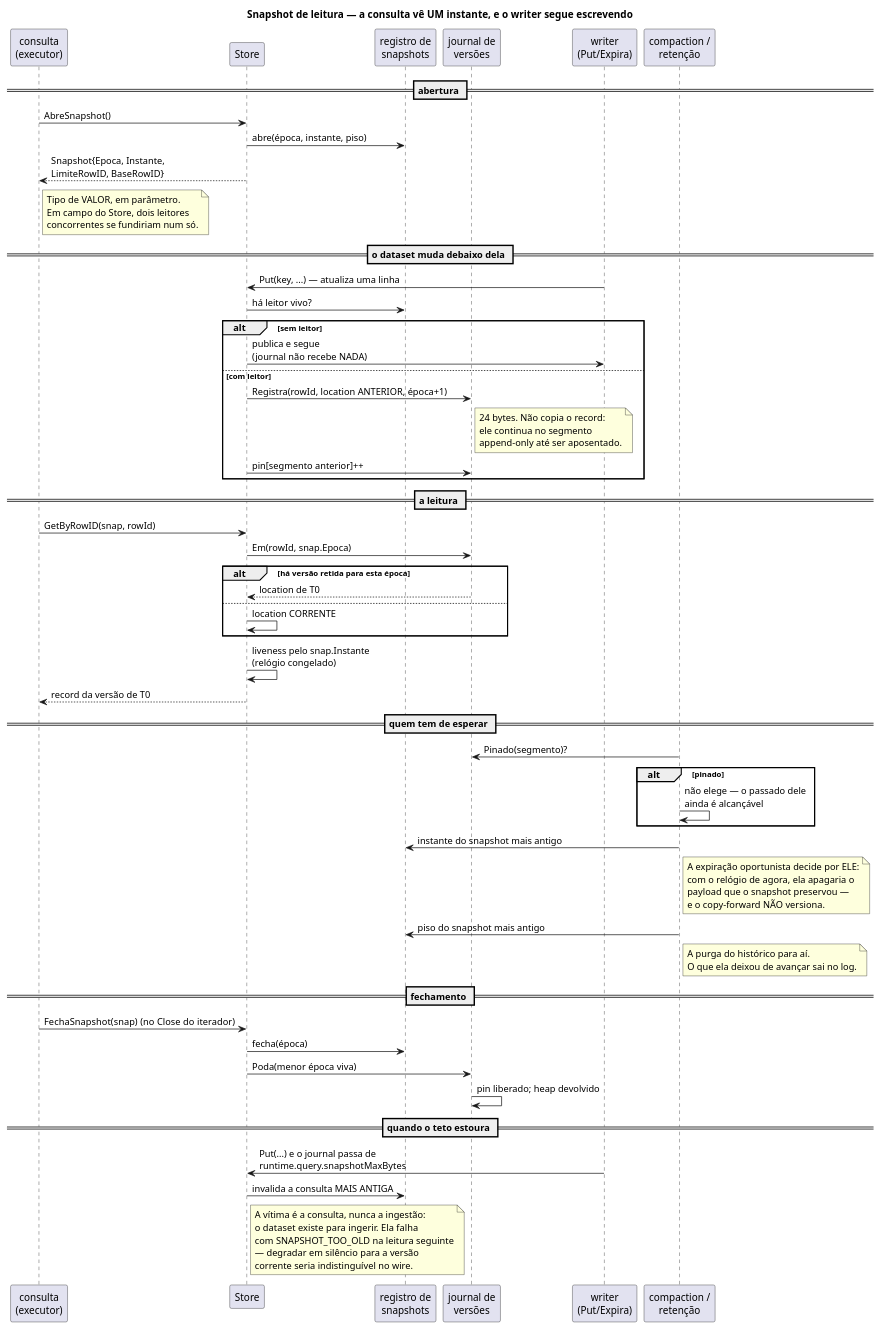
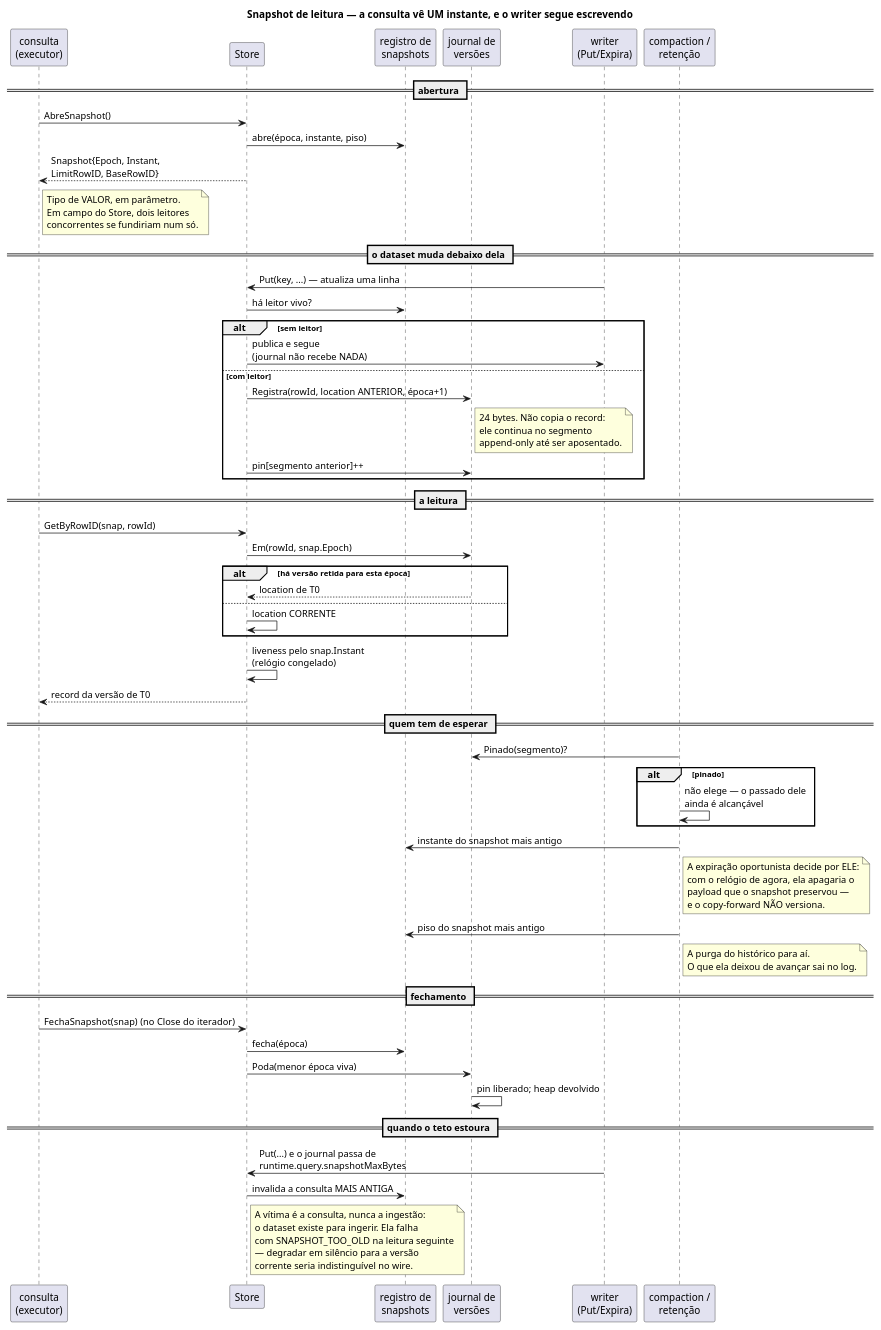
The diagram in docs/diagrams/snapshot_isolamento.puml (nishisan-dev/nishidb), drawn with PlantUML before and after one commit. The commit also changed 43 other files, not shown here.

```diff
--- a/docs/diagrams/snapshot_isolamento.puml
+++ b/docs/diagrams/snapshot_isolamento.puml
@@ -1,81 +1,81 @@
 @startuml snapshot_isolamento
 title Snapshot de leitura — a consulta vê UM instante, e o writer segue escrevendo
 
 participant "consulta\n(executor)" as q
 participant "Store" as st
 participant "registro de\nsnapshots" as reg
 participant "journal de\nversões" as jr
 participant "writer\n(Put/Expira)" as w
 participant "compaction /\nretenção" as c
 
 == abertura ==
 q -> st : AbreSnapshot()
 st -> reg : abre(época, instante, piso)
-st --> q : Snapshot{Epoca, Instante,\nLimiteRowID, BaseRowID}
+st --> q : Snapshot{Epoch, Instant,\nLimitRowID, BaseRowID}
 note right of q
   Tipo de VALOR, em parâmetro.
   Em campo do Store, dois leitores
   concorrentes se fundiriam num só.
 end note
 
 == o dataset muda debaixo dela ==
 w -> st : Put(key, ...) — atualiza uma linha
 st -> reg : há leitor vivo?
 alt sem leitor
   st -> w : publica e segue\n(journal não recebe NADA)
 else com leitor
   st -> jr : Registra(rowId, location ANTERIOR, época+1)
   note right of jr
     24 bytes. Não copia o record:
     ele continua no segmento
     append-only até ser aposentado.
   end note
   st -> jr : pin[segmento anterior]++
 end
 
 == a leitura ==
 q -> st : GetByRowID(snap, rowId)
-st -> jr : Em(rowId, snap.Epoca)
+st -> jr : Em(rowId, snap.Epoch)
 alt há versão retida para esta época
   jr --> st : location de T0
 else
   st -> st : location CORRENTE
 end
-st -> st : liveness pelo snap.Instante\n(relógio congelado)
+st -> st : liveness pelo snap.Instant\n(relógio congelado)
 st --> q : record da versão de T0
 
 == quem tem de esperar ==
 c -> jr : Pinado(segmento)?
 alt pinado
   c -> c : não elege — o passado dele\nainda é alcançável
 end
 c -> reg : instante do snapshot mais antigo
 note right of c
   A expiração oportunista decide por ELE:
   com o relógio de agora, ela apagaria o
   payload que o snapshot preservou —
   e o copy-forward NÃO versiona.
 end note
 c -> reg : piso do snapshot mais antigo
 note right of c
   A purga do histórico para aí.
   O que ela deixou de avançar sai no log.
 end note
 
 == fechamento ==
 q -> st : FechaSnapshot(snap)  (no Close do iterador)
 st -> reg : fecha(época)
 st -> jr : Poda(menor época viva)
 jr -> jr : pin liberado; heap devolvido
 
 == quando o teto estoura ==
 w -> st : Put(...) e o journal passa de\nruntime.query.snapshotMaxBytes
 st -> reg : invalida a consulta MAIS ANTIGA
 note right of st
   A vítima é a consulta, nunca a ingestão:
   o dataset existe para ingerir. Ela falha
   com SNAPSHOT_TOO_OLD na leitura seguinte
   — degradar em silêncio para a versão
   corrente seria indistinguível no wire.
 end note
 @enduml
```
